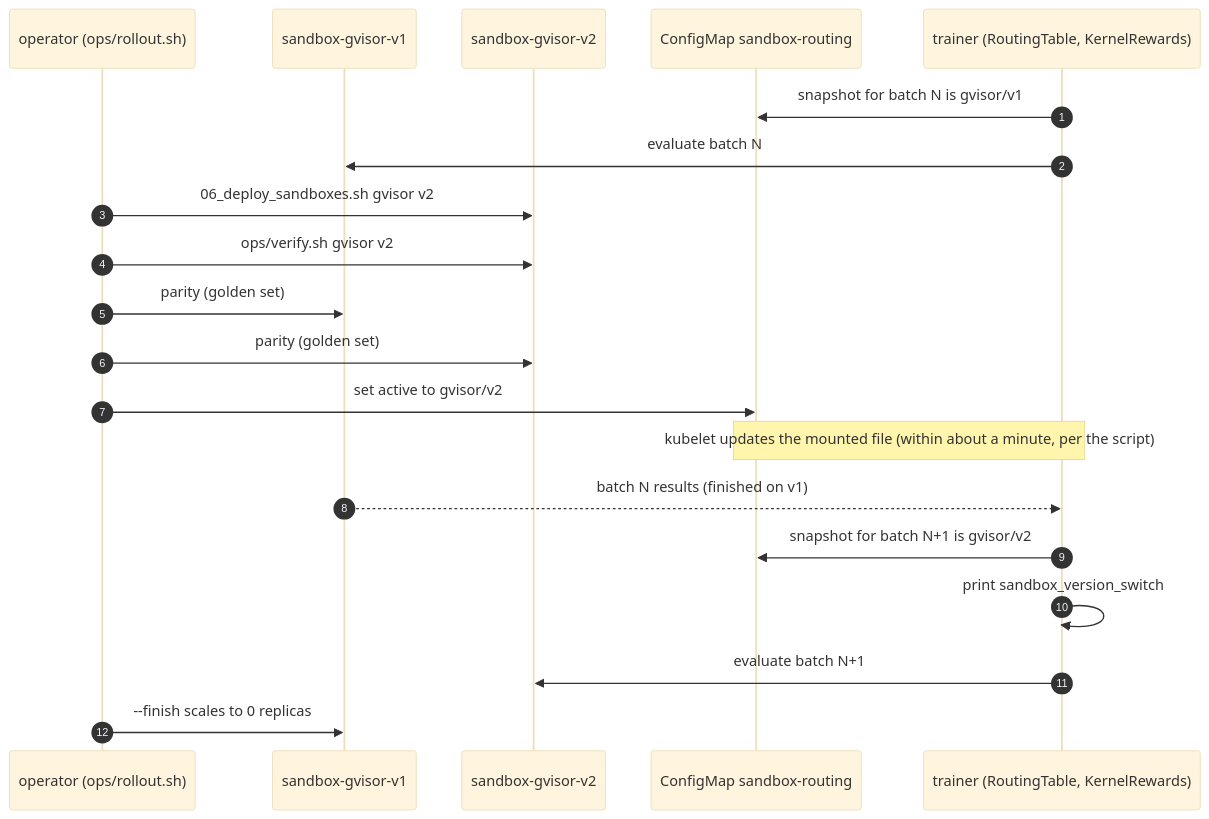
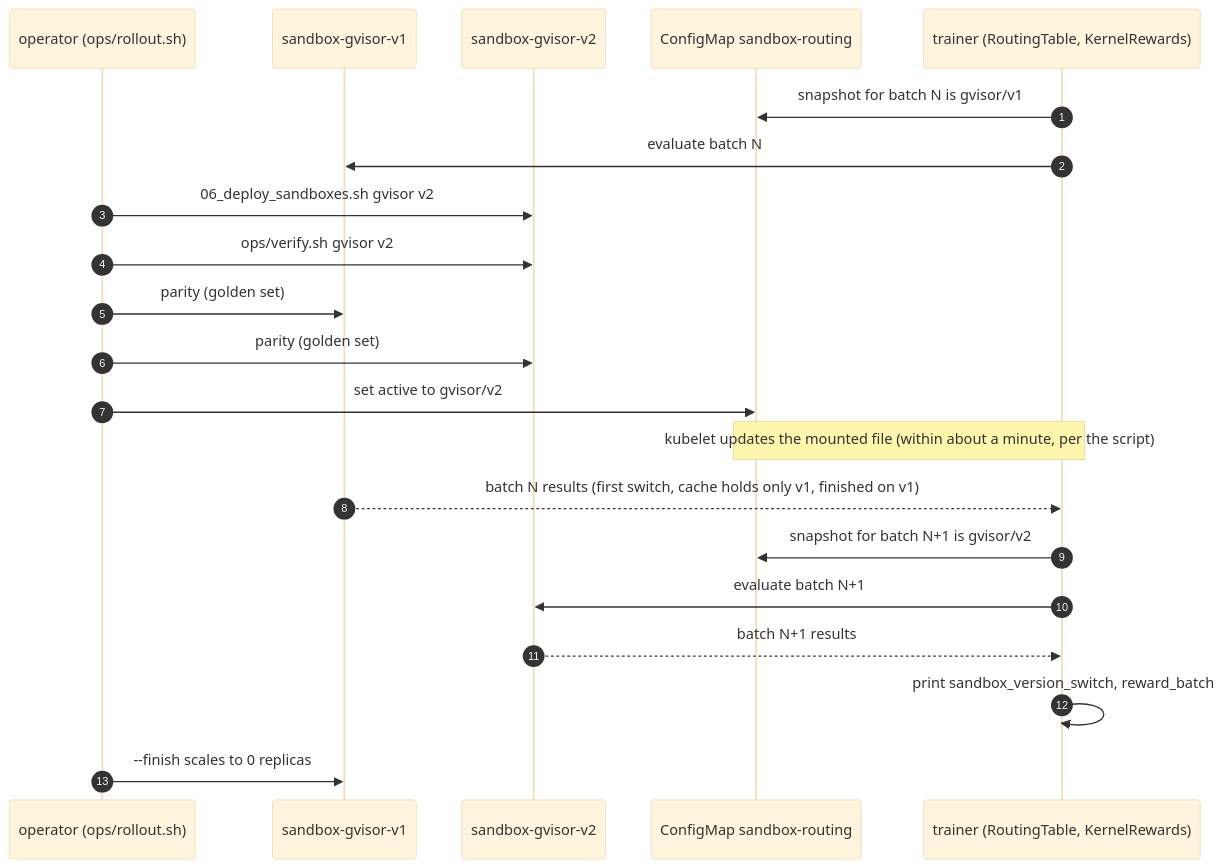
One commit to daekeun-ml/gpu-sandbox-on-aws changed the diagram in docs/handson/06_sandbox_update.en.md. Above: the diagram before and after it, drawn with Mermaid (base theme). The commit also changed other lines of this file and 171 other files, not shown here.

````diff
--- a/docs/handson/06_sandbox_update.en.md
+++ b/docs/handson/06_sandbox_update.en.md
@@ -147,22 +147,23 @@
 ```mermaid
 sequenceDiagram
     autonumber
     participant Op as operator (ops/rollout.sh)
     participant V1 as sandbox-gvisor-v1
     participant V2 as sandbox-gvisor-v2
     participant CM as ConfigMap sandbox-routing
     participant T as trainer (RoutingTable, KernelRewards)
     T->>CM: snapshot for batch N is gvisor/v1
     T->>V1: evaluate batch N
     Op->>V2: 06_deploy_sandboxes.sh gvisor v2
     Op->>V2: ops/verify.sh gvisor v2
     Op->>V1: parity (golden set)
     Op->>V2: parity (golden set)
     Op->>CM: set active to gvisor/v2
     Note over CM,T: kubelet updates the mounted file (within about a minute, per the script)
-    V1-->>T: batch N results (finished on v1)
+    V1-->>T: batch N results (first switch, cache holds only v1, finished on v1)
     T->>CM: snapshot for batch N+1 is gvisor/v2
-    T->>T: print sandbox_version_switch
     T->>V2: evaluate batch N+1
+    V2-->>T: batch N+1 results
+    T->>T: print sandbox_version_switch, reward_batch
     Op->>V1: --finish scales to 0 replicas
 ```
````
